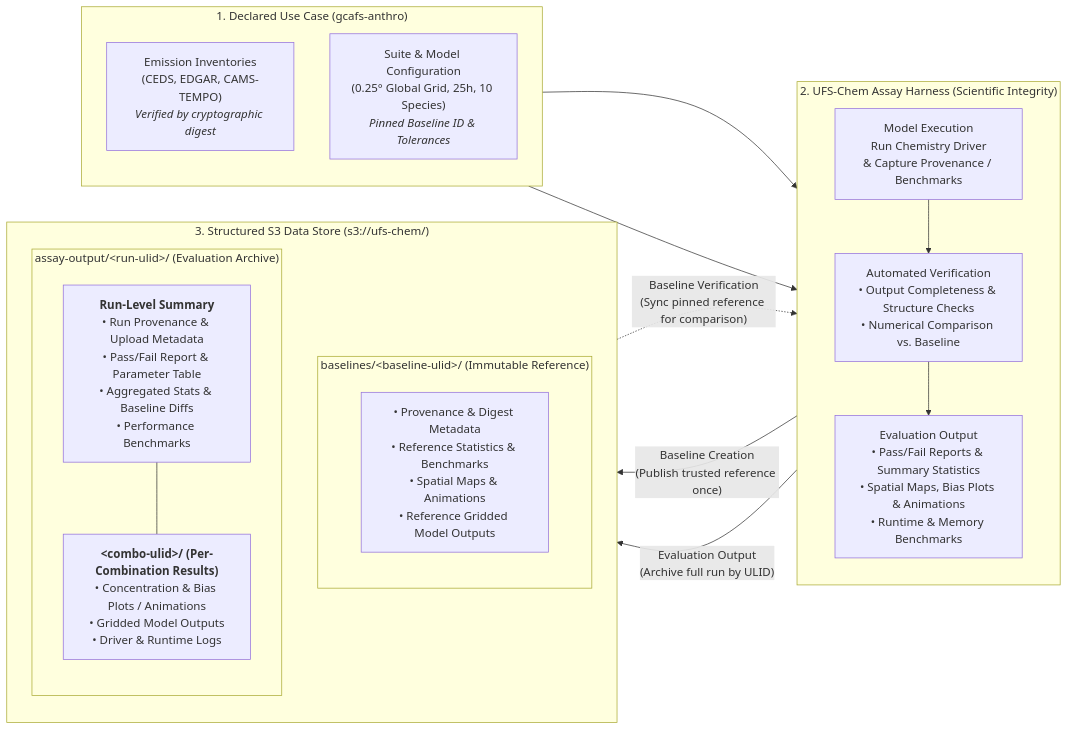
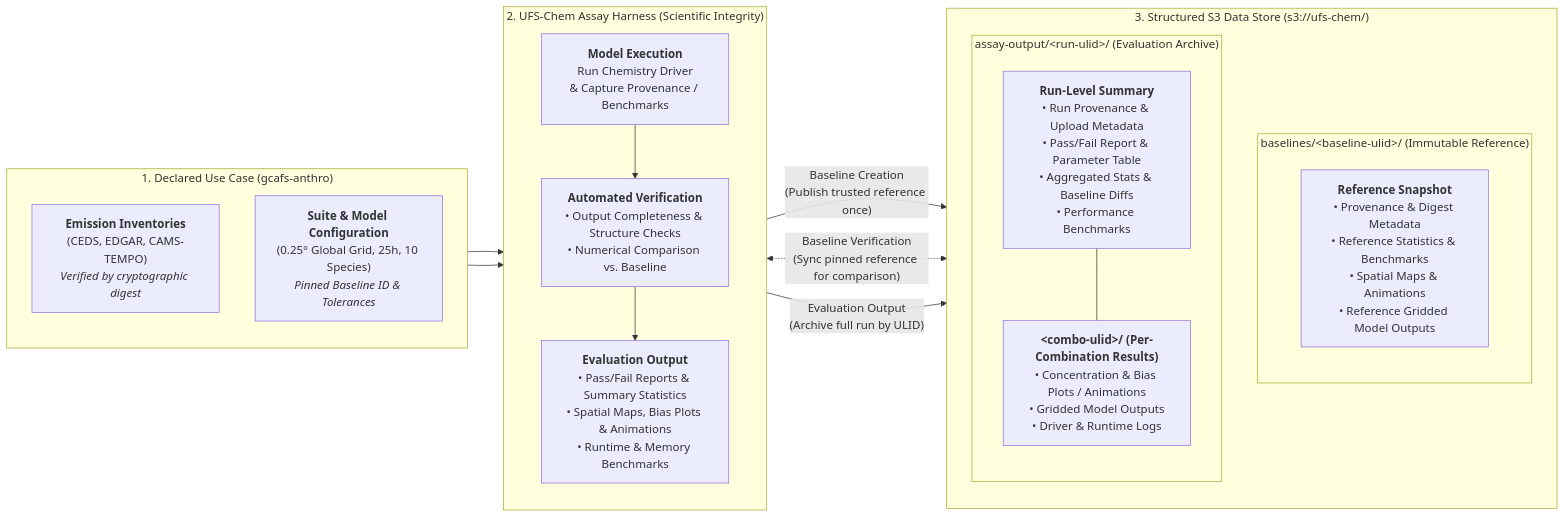
Before and after one commit to benkozi/ufs-chem-assay: the diagram in design/spike/20261029-1719-overview/20261029-1719-overview.md, drawn with Mermaid. The commit also changed other lines of this file and 1 other file, not shown here.

Commit message:
chore: design/spike/20261029-1719-overview/20261029-1719-overview.md

````diff
--- a/design/spike/20261029-1719-overview/20261029-1719-overview.md
+++ b/design/spike/20261029-1719-overview/20261029-1719-overview.md
@@ -54,37 +54,37 @@
 ```mermaid
 flowchart LR
     subgraph UseCase["1. Declared Use Case (gcafs-anthro)"]
         direction TB
-        Inputs["Emission Inventories<br/>(CEDS, EDGAR, CAMS-TEMPO)<br/><i>Verified by cryptographic digest</i>"]
-        Config["Suite &amp; Model Configuration<br/>(0.25° Global Grid, 25h, 10 Species)<br/><i>Pinned Baseline ID &amp; Tolerances</i>"]
+        Inputs["<b>Emission Inventories</b><br/>(CEDS, EDGAR, CAMS-TEMPO)<br/><i>Verified by cryptographic digest</i>"]
+        Config["<b>Suite &amp; Model Configuration</b><br/>(0.25° Global Grid, 25h, 10 Species)<br/><i>Pinned Baseline ID &amp; Tolerances</i>"]
     end
 
     subgraph Harness["2. UFS-Chem Assay Harness (Scientific Integrity)"]
         direction TB
-        Run["Model Execution<br/>Run Chemistry Driver<br/>&amp; Capture Provenance / Benchmarks"]
-        Verify["Automated Verification<br/>• Output Completeness &amp; Structure Checks<br/>• Numerical Comparison vs. Baseline"]
-        Evaluate["Evaluation Output<br/>• Pass/Fail Reports &amp; Summary Statistics<br/>• Spatial Maps, Bias Plots &amp; Animations<br/>• Runtime &amp; Memory Benchmarks"]
+        Run["<b>Model Execution</b><br/>Run Chemistry Driver<br/>&amp; Capture Provenance / Benchmarks"]
+        Verify["<b>Automated Verification</b><br/>• Output Completeness &amp; Structure Checks<br/>• Numerical Comparison vs. Baseline"]
+        Evaluate["<b>Evaluation Output</b><br/>• Pass/Fail Reports &amp; Summary Statistics<br/>• Spatial Maps, Bias Plots &amp; Animations<br/>• Runtime &amp; Memory Benchmarks"]
         Run --> Verify --> Evaluate
     end
 
     subgraph S3["3. Structured S3 Data Store (s3://ufs-chem/)"]
         direction TB
         subgraph Baselines["baselines/&lt;baseline-ulid&gt;/ (Immutable Reference)"]
             direction TB
-            BContent["• Provenance &amp; Digest Metadata<br/>• Reference Statistics &amp; Benchmarks<br/>• Spatial Maps &amp; Animations<br/>• Reference Gridded Model Outputs"]
+            BContent["<b>Reference Snapshot</b><br/>• Provenance &amp; Digest Metadata<br/>• Reference Statistics &amp; Benchmarks<br/>• Spatial Maps &amp; Animations<br/>• Reference Gridded Model Outputs"]
         end
         subgraph Outputs["assay-output/&lt;run-ulid&gt;/ (Evaluation Archive)"]
             direction TB
             ORoot["<b>Run-Level Summary</b><br/>• Run Provenance &amp; Upload Metadata<br/>• Pass/Fail Report &amp; Parameter Table<br/>• Aggregated Stats &amp; Baseline Diffs<br/>• Performance Benchmarks"]
             OCombo["<b>&lt;combo-ulid&gt;/ (Per-Combination Results)</b><br/>• Concentration &amp; Bias Plots / Animations<br/>• Gridded Model Outputs<br/>• Driver &amp; Runtime Logs"]
             ORoot --- OCombo
         end
     end
 
     Inputs --> Run
     Config --> Run
 
     Evaluate -- "Baseline Creation<br/>(Publish trusted reference once)" --> Baselines
-    Baselines -. "Baseline Verification<br/>(Sync pinned reference for comparison)" .-> Verify
+    Verify <-. "Baseline Verification<br/>(Sync pinned reference for comparison)" .-> Baselines
     Evaluate -- "Evaluation Output<br/>(Archive full run by ULID)" --> Outputs
 ```
````
